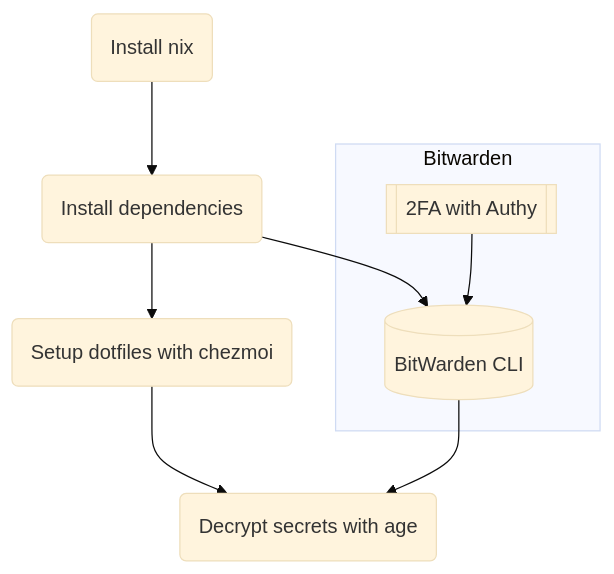
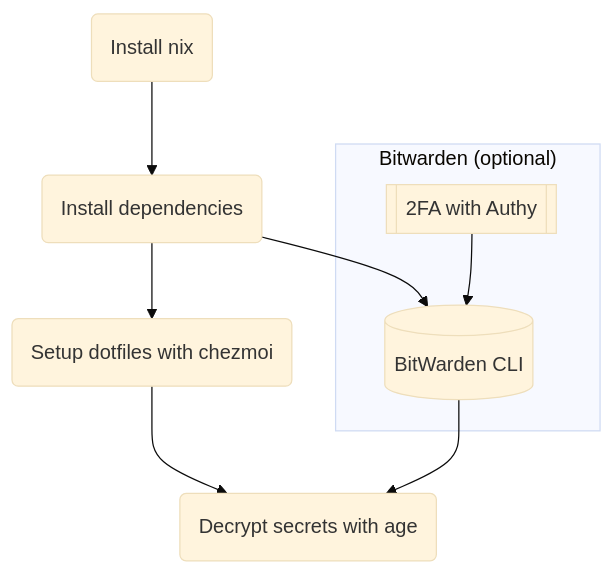
One commit to mrtolkien/dotfiles changed the diagram in README.md. Above: the diagram before and after it, drawn with Mermaid (base theme). The commit also changed other lines of this file and 4 other files, not shown here.

````diff
--- a/README.md
+++ b/README.md
@@ -7,18 +7,18 @@
 ```mermaid
 flowchart TD
     A(Install nix)
     AA("Install dependencies")
     B[( BitWarden CLI )]
     BB[[ 2FA with Authy ]]
     C("Setup dotfiles with chezmoi")
     D( Decrypt secrets with age )
 
     A --> AA --> C --> D
     AA --> B
     BB --> B --> D
 
-    subgraph Bitwarden
+    subgraph "Bitwarden (optional)"
         B
         BB
     end
 ```
````
